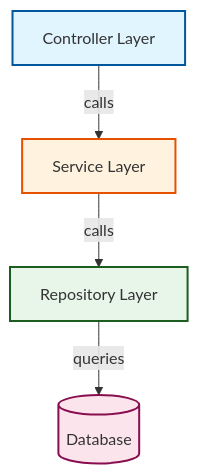
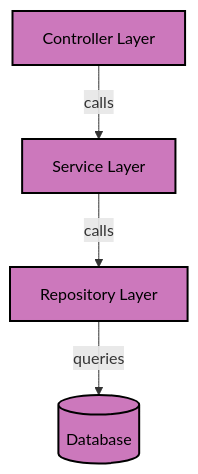
Before and after one commit to wahidyankf/ose-public: the second of 2 diagrams in apps/ayokoding-www/content/en/learn/legacy/software-engineering/platforms/web/tools/jvm-spring-boot/quick-start.md, drawn with Mermaid. The commit also changed other lines of this file and 130 other files, not shown here.

First line of the commit message:
fix(mermaid): bring the legacy platforms diagrams onto the accessible palette

````diff
--- a/apps/ayokoding-www/content/en/learn/legacy/software-engineering/platforms/web/tools/jvm-spring-boot/quick-start.md
+++ b/apps/ayokoding-www/content/en/learn/legacy/software-engineering/platforms/web/tools/jvm-spring-boot/quick-start.md
@@ -81,11 +85,15 @@
 ```mermaid
 graph TD
+    accTitle: Three-Layer Architecture
+    accDescr: Graph with 4 nodes and 3 connections. Nodes: Controller Layer, Service Layer, Repository Layer, Database. Connections: Controller Layer to Service Layer (calls), Service Layer to Repository Layer (calls), Repository Layer to Database (queries).
     A[Controller Layer] -->|calls| B[Service Layer]
     B -->|calls| C[Repository Layer]
     C -->|queries| D[(Database)]
 
-    style A fill:#e1f5ff,stroke:#01579b,stroke-width:2px
-    style B fill:#fff3e0,stroke:#e65100,stroke-width:2px
-    style C fill:#e8f5e9,stroke:#1b5e20,stroke-width:2px
-    style D fill:#fce4ec,stroke:#880e4f,stroke-width:2px
+    classDef pal-CC78BC fill:#CC78BC,stroke:#000000,color:#000000,stroke-width:2px
+    class A pal-CC78BC
+    class B pal-CC78BC
+    class C pal-CC78BC
+    class D pal-CC78BC
+    classDef default fill:#0173B2,stroke:#000000,color:#FFFFFF
 ```
````
